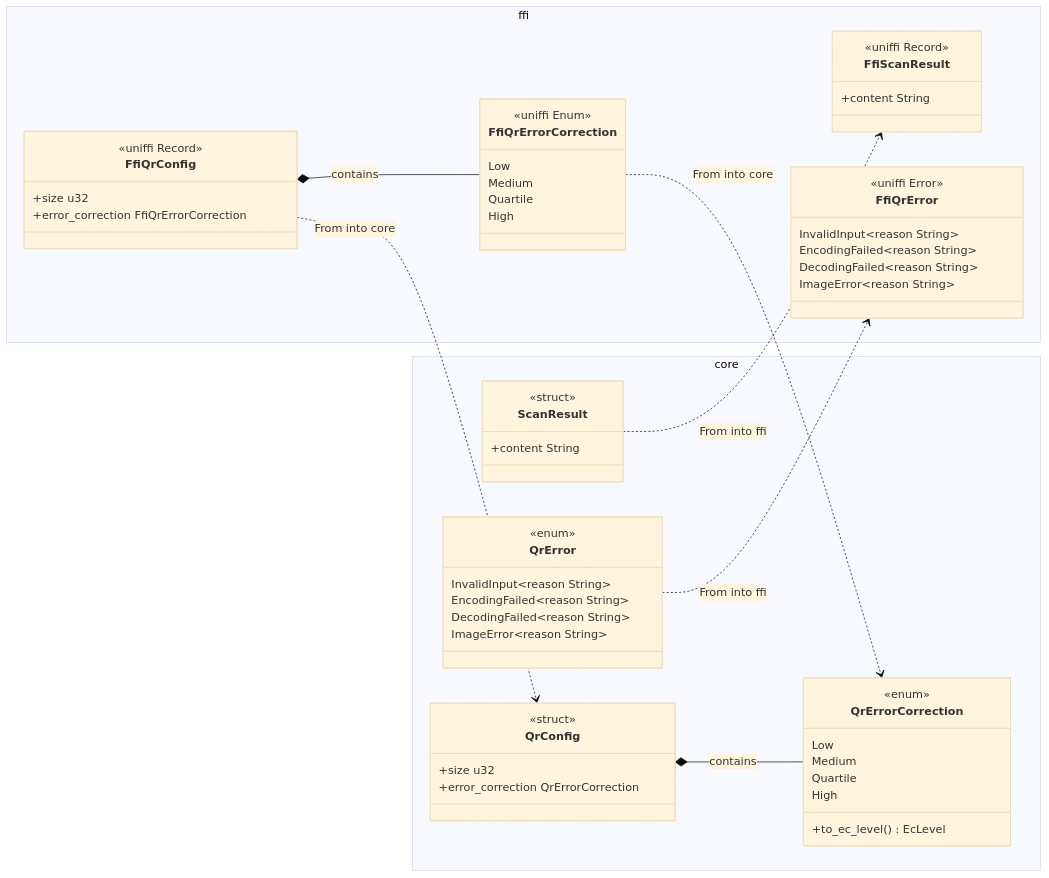
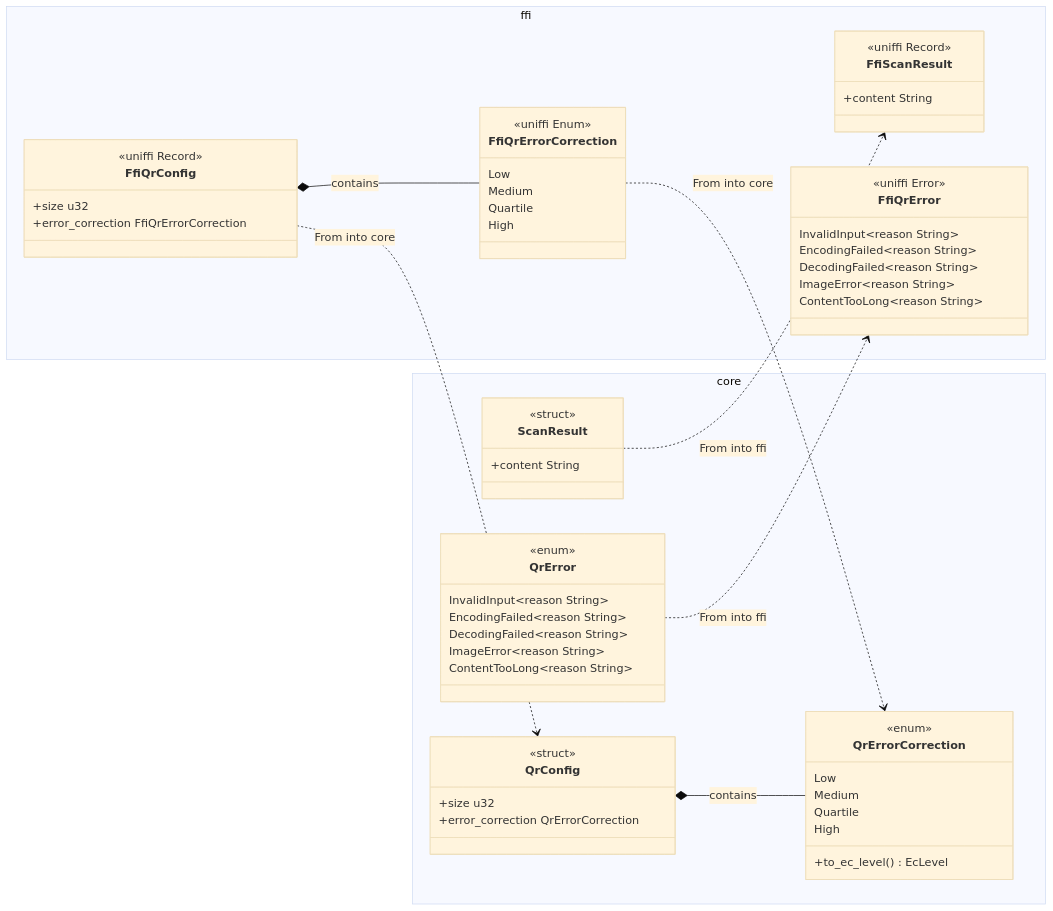
The sixth of 8 diagrams in rustySDK/README.md (prasannajeet/RustyQR), drawn with Mermaid (base theme) before and after one commit. The commit also changed other lines of this file and 26 other files, not shown here.

````diff
--- a/rustySDK/README.md
+++ b/rustySDK/README.md
@@ -612,71 +613,73 @@
 ```mermaid
 classDiagram
     direction LR
 
     namespace core {
         class QrErrorCorrection {
             <<enum>>
             Low
             Medium
             Quartile
             High
             +to_ec_level() EcLevel
         }
 
         class QrConfig {
             <<struct>>
             +size u32
             +error_correction QrErrorCorrection
         }
 
         class ScanResult {
             <<struct>>
             +content String
         }
 
         class QrError {
             <<enum>>
             InvalidInput~reason String~
             EncodingFailed~reason String~
             DecodingFailed~reason String~
             ImageError~reason String~
+            ContentTooLong~reason String~
         }
     }
 
     namespace ffi {
         class FfiQrErrorCorrection {
             <<uniffi Enum>>
             Low
             Medium
             Quartile
             High
         }
 
         class FfiQrConfig {
             <<uniffi Record>>
             +size u32
             +error_correction FfiQrErrorCorrection
         }
 
         class FfiScanResult {
             <<uniffi Record>>
             +content String
         }
 
         class FfiQrError {
             <<uniffi Error>>
             InvalidInput~reason String~
             EncodingFailed~reason String~
             DecodingFailed~reason String~
             ImageError~reason String~
+            ContentTooLong~reason String~
         }
     }
 
     QrConfig *-- QrErrorCorrection : contains
     FfiQrConfig *-- FfiQrErrorCorrection : contains
 
     FfiQrErrorCorrection ..> QrErrorCorrection : From into core
     FfiQrConfig ..> QrConfig : From into core
     QrError ..> FfiQrError : From into ffi
     ScanResult ..> FfiScanResult : From into ffi
 ```
````
